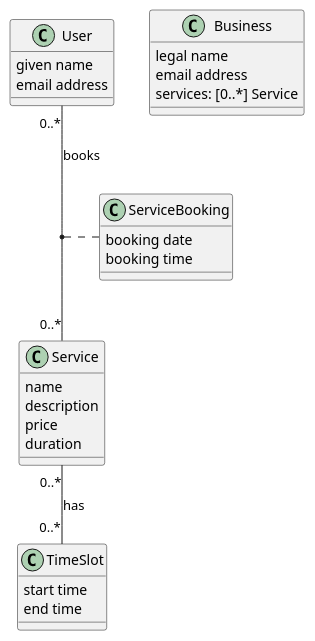
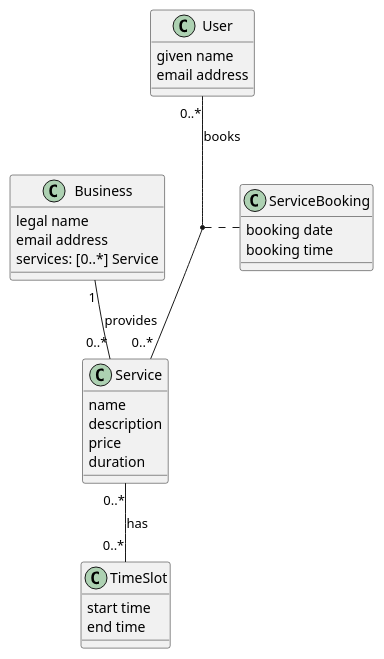
One commit to JuhTyg010/Vellure-NSWI041 changed the diagram in uml/uml-class-diagram.plantuml. Above: the diagram before and after it, drawn with PlantUML. The commit also changed 1 other file, not shown here.

Commit message:
Updage class diagram

```diff
--- a/uml/uml-class-diagram.plantuml
+++ b/uml/uml-class-diagram.plantuml
@@ -1,39 +1,40 @@
 @startuml
 
 class Service{
     name
     description
     price
     duration
 }
 
 
 class User {
     given name
     email address
 }
 
 
 class Business {
     legal name
     email address
     services: [0..*] Service
 }
 
 class TimeSlot {
     start time
     end time
 }
 
 class ServiceBooking {
     booking date
     booking time
 }
 
 
 Service "0..*" -- "0..*" TimeSlot : has
 User "0..*" -- "0..*" Service : books
+Business "1" -- "0..*" Service : provides
 (User, Service) .l. ServiceBooking
 
 
 @enduml
```
